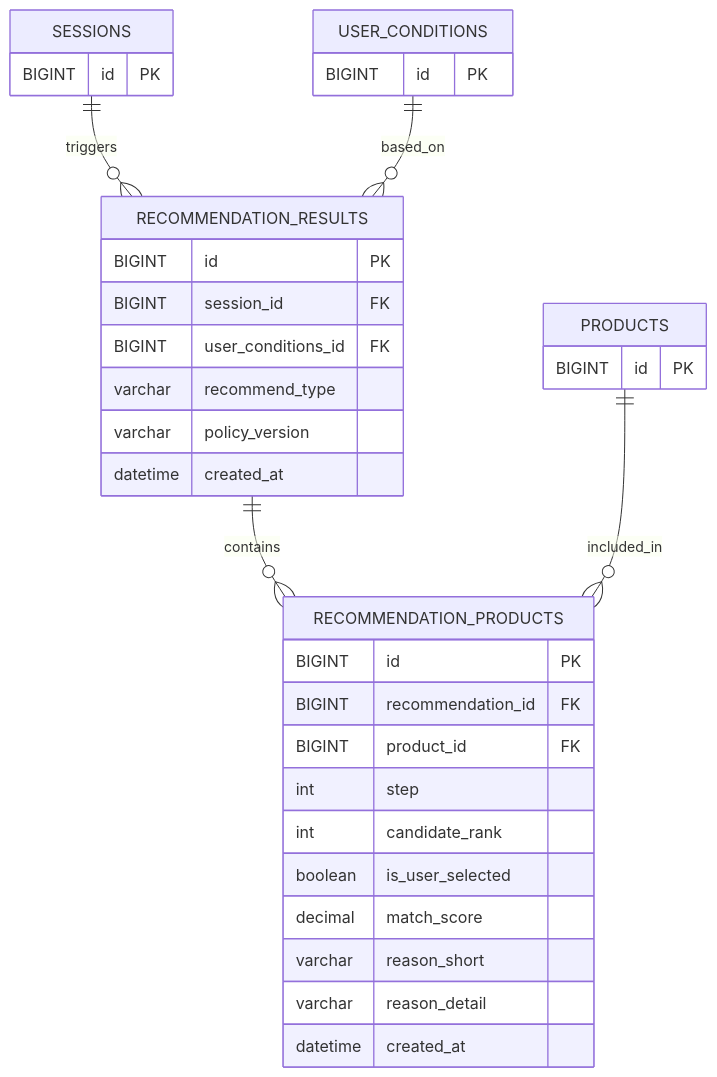
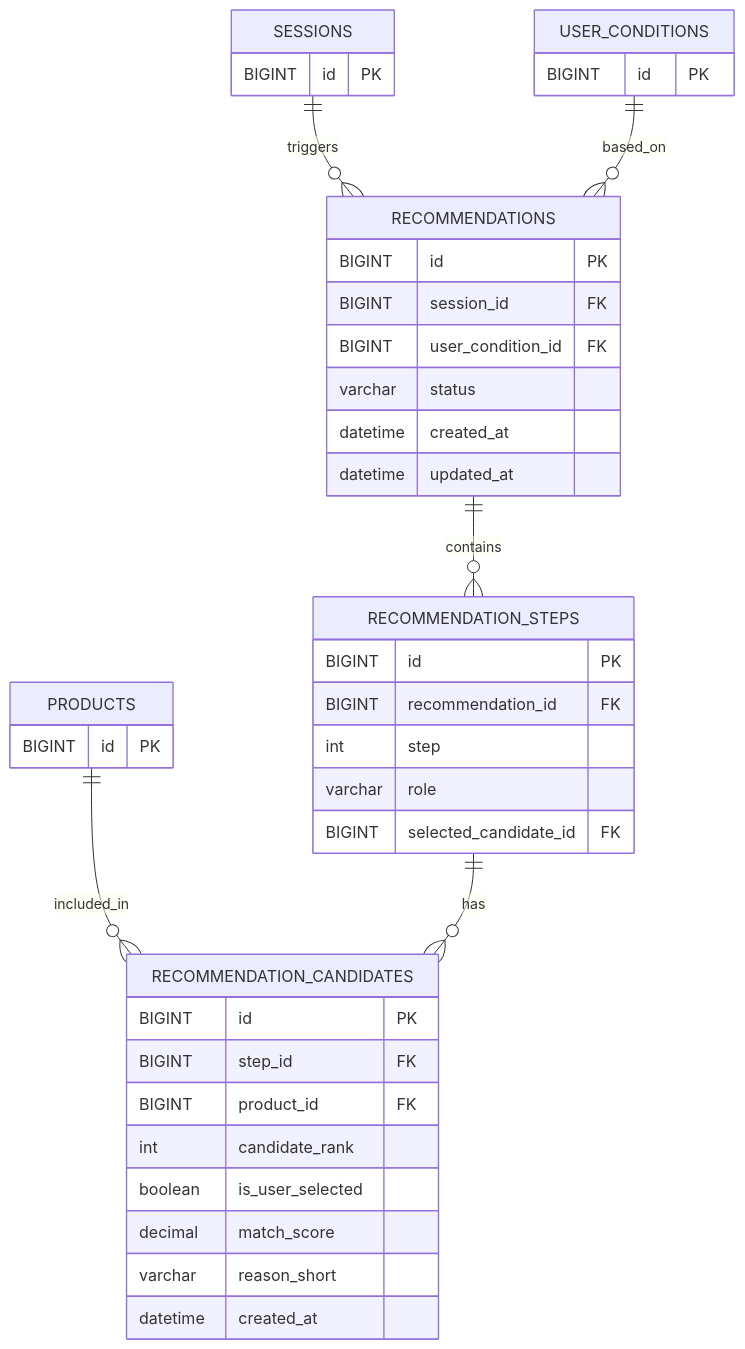
Before and after one commit to Leets-Official/K-Beauty-BE: the diagram in docs/recommendation-erd.md, drawn with Mermaid. The commit also changed other lines of this file and 25 other files, not shown here.

Commit message:
refactor: ERD-코드 정합성 동기화 및 리뷰 반영(1차)

````diff
--- a/docs/recommendation-erd.md
+++ b/docs/recommendation-erd.md
@@ -5,41 +5,48 @@
 ```mermaid
 erDiagram
-    RECOMMENDATION_RESULTS ||--o{ RECOMMENDATION_PRODUCTS : contains
-    SESSIONS ||--o{ RECOMMENDATION_RESULTS : triggers
-    USER_CONDITIONS ||--o{ RECOMMENDATION_RESULTS : based_on
-    PRODUCTS ||--o{ RECOMMENDATION_PRODUCTS : included_in
+    RECOMMENDATIONS ||--o{ RECOMMENDATION_STEPS : contains
+    SESSIONS ||--o{ RECOMMENDATIONS : triggers
+    USER_CONDITIONS ||--o{ RECOMMENDATIONS : based_on
+    PRODUCTS ||--o{ RECOMMENDATION_CANDIDATES : included_in
+    RECOMMENDATION_STEPS ||--o{ RECOMMENDATION_CANDIDATES : has
 
-    RECOMMENDATION_RESULTS {
+    RECOMMENDATIONS {
       BIGINT id PK
       BIGINT session_id FK
-      BIGINT user_conditions_id FK
-      varchar recommend_type
-      varchar policy_version
+      BIGINT user_condition_id FK
+      varchar status
       datetime created_at
+      datetime updated_at
     }
 
-    RECOMMENDATION_PRODUCTS {
+    RECOMMENDATION_STEPS {
       BIGINT id PK
       BIGINT recommendation_id FK
+      int step
+      varchar role
+      BIGINT selected_candidate_id FK
+    }
+
+    RECOMMENDATION_CANDIDATES {
+      BIGINT id PK
+      BIGINT step_id FK
       BIGINT product_id FK
-      int step
       int candidate_rank
       boolean is_user_selected
       decimal match_score
       varchar reason_short
-      varchar reason_detail
       datetime created_at
     }
 
     USER_CONDITIONS {
       BIGINT id PK
     }
 
     SESSIONS {
       BIGINT id PK
     }
 
     PRODUCTS {
       BIGINT id PK
     }
 ```
````
